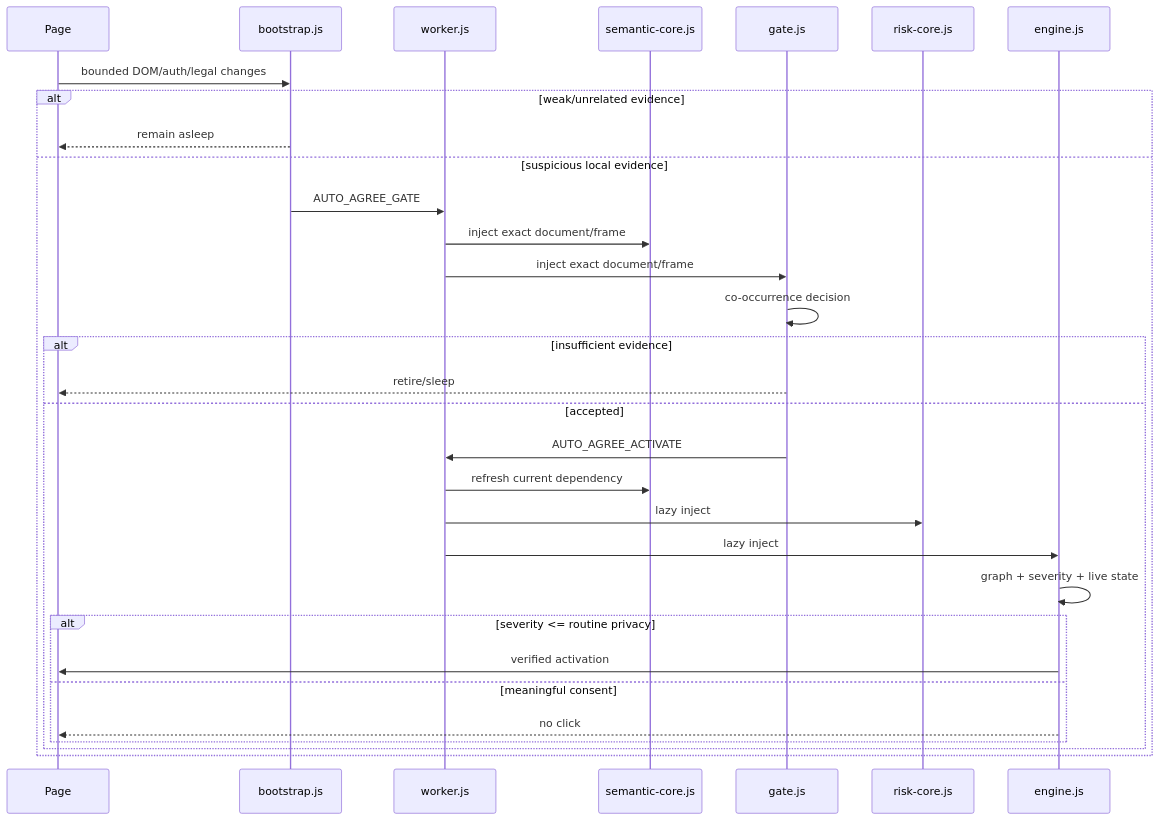
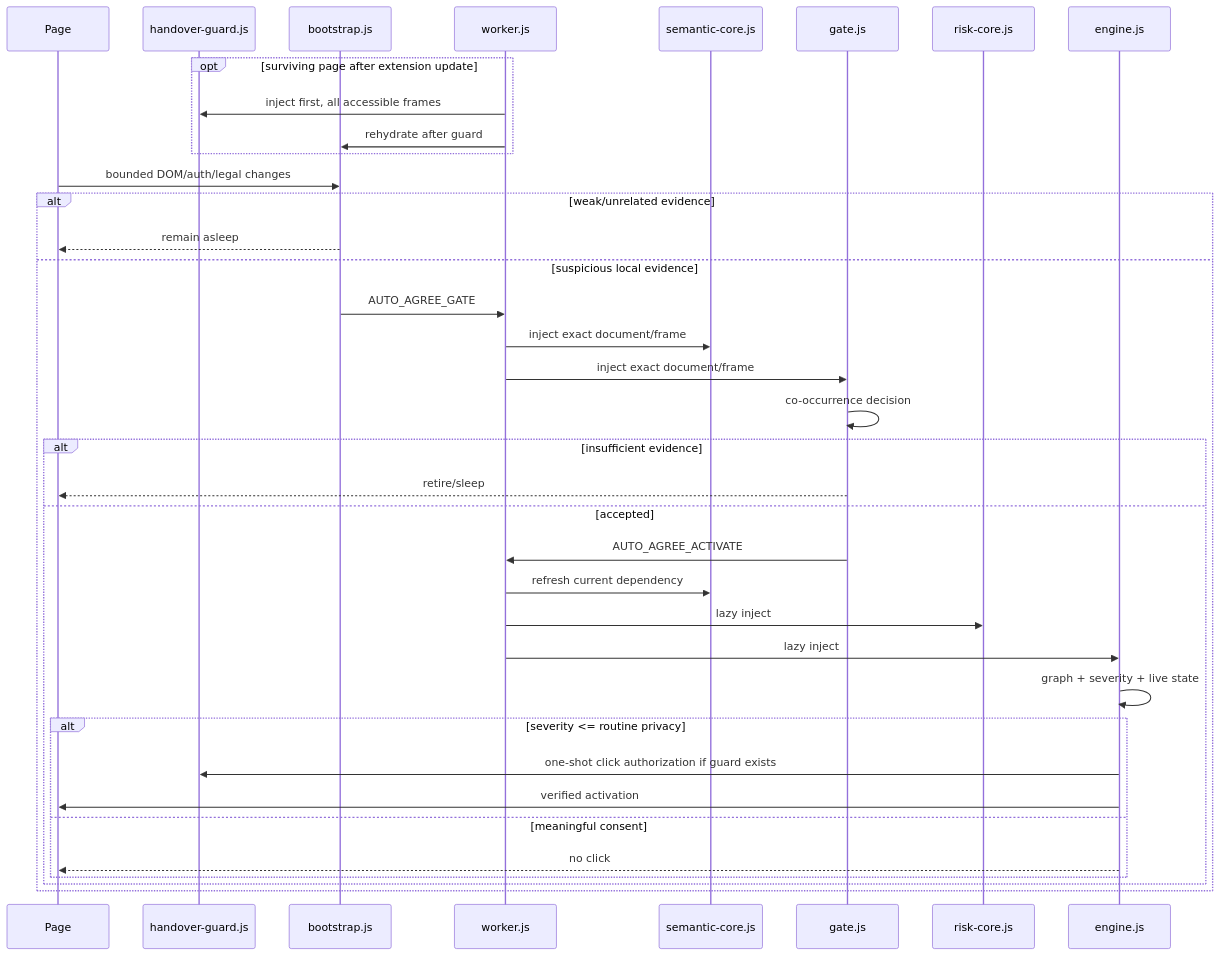
The diagram in docs/architecture.md (QzCrane/auto-agree), drawn with Mermaid before and after one commit. The commit also changed other lines of this file, not shown here.

Commit message:
docs: align architecture with final v9 handover protocol

````diff
--- a/docs/architecture.md
+++ b/docs/architecture.md
@@ -15,34 +15,41 @@
 ```mermaid
 sequenceDiagram
   participant Page
+  participant Guard as handover-guard.js
   participant Probe as bootstrap.js
   participant Worker as worker.js
   participant Core as semantic-core.js
   participant Gate as gate.js
   participant Risk as risk-core.js
   participant Engine as engine.js
+
+  opt surviving page after extension update
+    Worker->>Guard: inject first, all accessible frames
+    Worker->>Probe: rehydrate after guard
+  end
 
   Page->>Probe: bounded DOM/auth/legal changes
   alt weak/unrelated evidence
     Probe-->>Page: remain asleep
   else suspicious local evidence
     Probe->>Worker: AUTO_AGREE_GATE
     Worker->>Core: inject exact document/frame
     Worker->>Gate: inject exact document/frame
     Gate->>Gate: co-occurrence decision
     alt insufficient evidence
       Gate-->>Page: retire/sleep
     else accepted
       Gate->>Worker: AUTO_AGREE_ACTIVATE
       Worker->>Core: refresh current dependency
       Worker->>Risk: lazy inject
       Worker->>Engine: lazy inject
       Engine->>Engine: graph + severity + live state
       alt severity <= routine privacy
+        Engine->>Guard: one-shot click authorization if guard exists
         Engine->>Page: verified activation
       else meaningful consent
         Engine-->>Page: no click
       end
     end
   end
 ```
````
